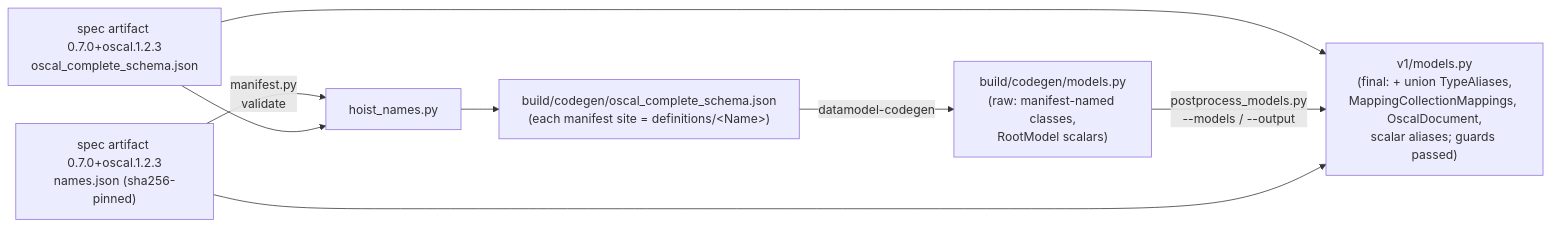
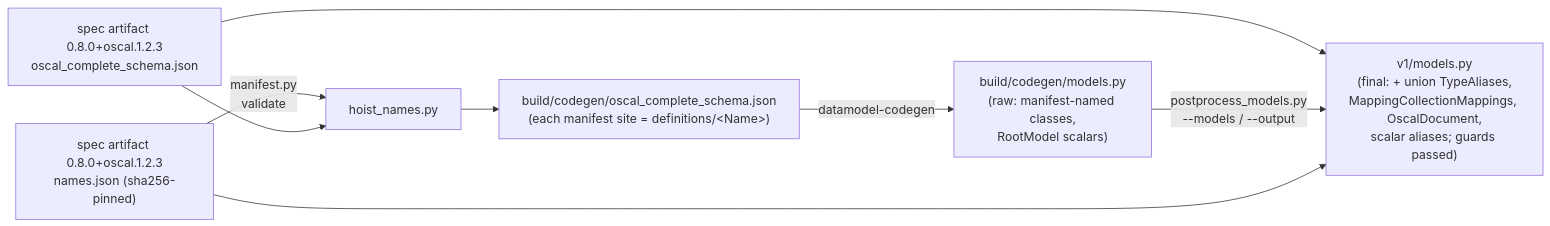
One commit to cairn-proofs/oscal-bindings-python changed the second of 2 diagrams in .agents/summary/architecture.md. Above: the diagram before and after it, drawn with Mermaid. The commit also changed other lines of this file and 11 other files, not shown here.

First line of the commit message:
chore: move the spec pin to v0.8.0+oscal.1.2.3 (#70)

````diff
--- a/.agents/summary/architecture.md
+++ b/.agents/summary/architecture.md
@@ -82,10 +82,10 @@
 ```mermaid
 flowchart LR
-    N["spec artifact 0.7.0+oscal.1.2.3<br/>names.json (sha256-pinned)"] -->|"manifest.py<br/>validate"| H
-    A["spec artifact 0.7.0+oscal.1.2.3<br/>oscal_complete_schema.json"] --> H["hoist_names.py"]
+    N["spec artifact 0.8.0+oscal.1.2.3<br/>names.json (sha256-pinned)"] -->|"manifest.py<br/>validate"| H
+    A["spec artifact 0.8.0+oscal.1.2.3<br/>oscal_complete_schema.json"] --> H["hoist_names.py"]
     A --> C
     H --> HS["build/codegen/oscal_complete_schema.json<br/>(each manifest site = definitions/&lt;Name&gt;)"]
     HS -->|"datamodel-codegen"| B["build/codegen/models.py<br/>(raw: manifest-named classes,<br/>RootModel scalars)"]
     B -->|"postprocess_models.py<br/>--models / --output"| C["v1/models.py<br/>(final: + union TypeAliases,<br/>MappingCollectionMappings, OscalDocument,<br/>scalar aliases; guards passed)"]
     N --> C
 ```
````
